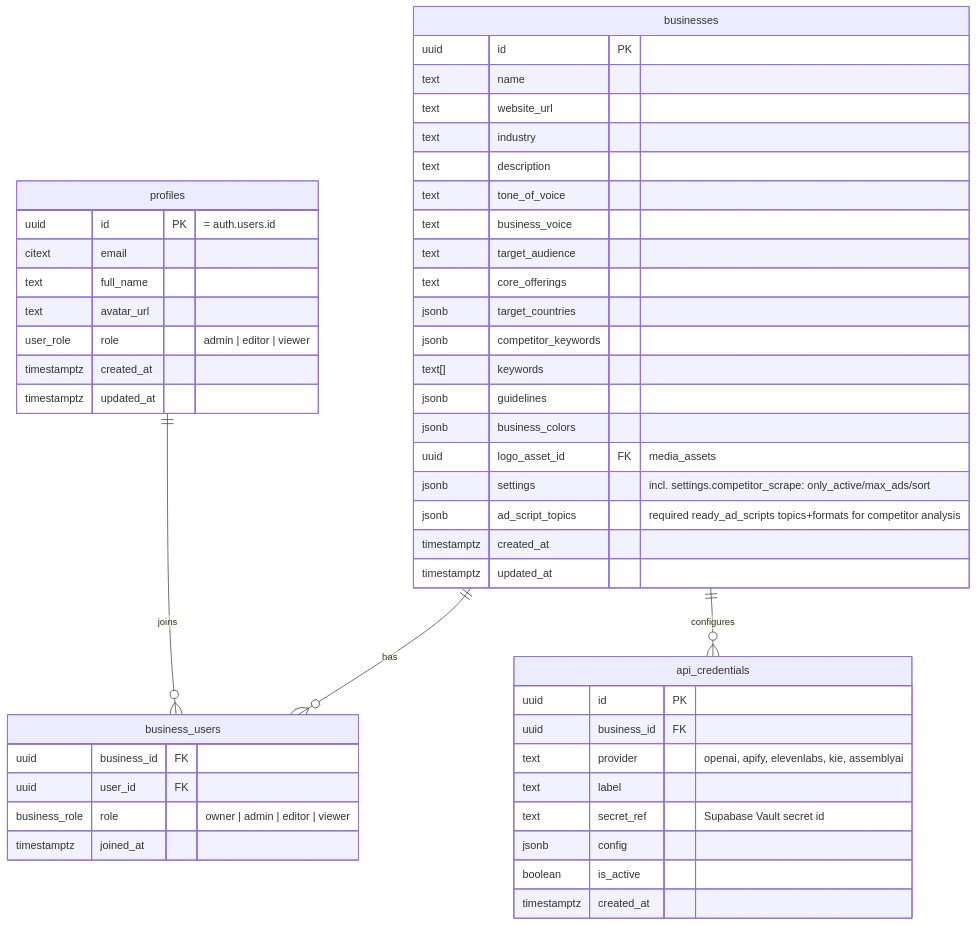
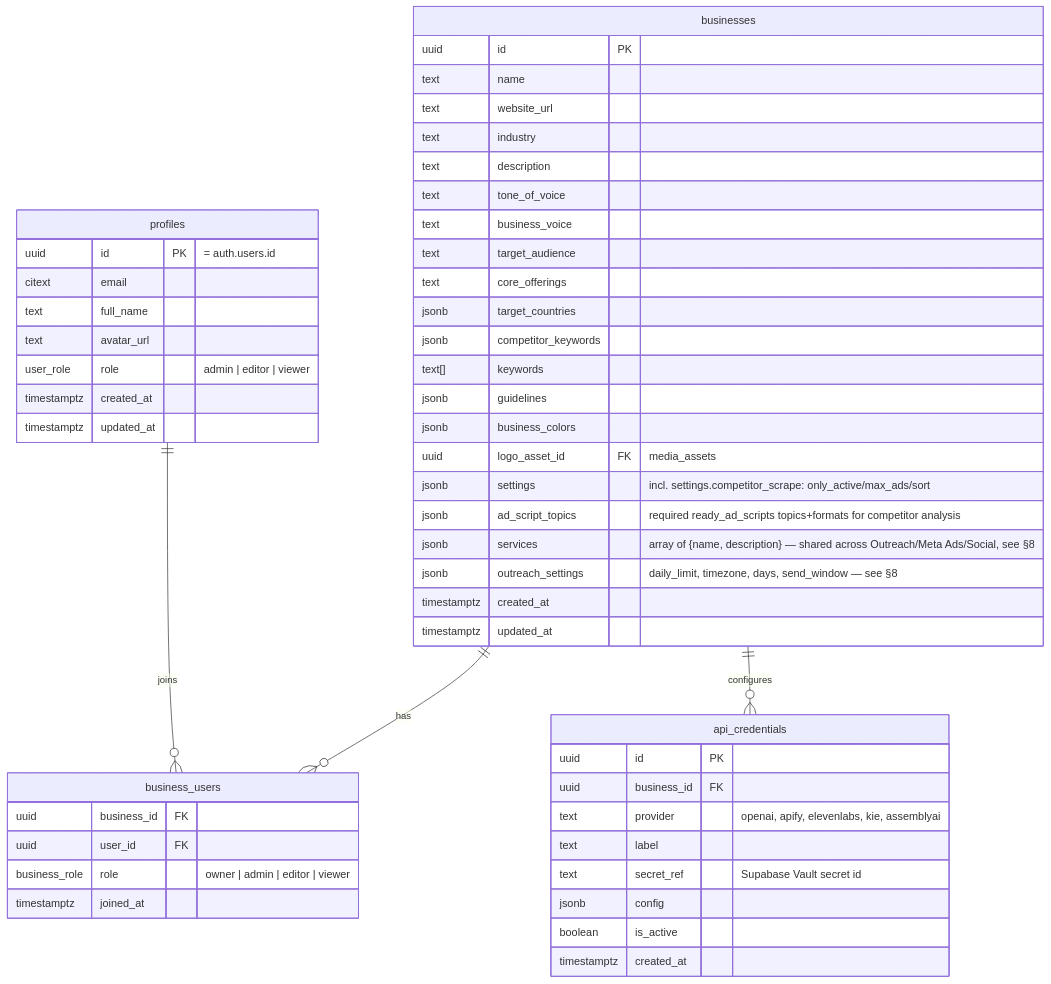
Before and after one commit to Aumatic-AI/Kinetix: the first of 8 diagrams in docs/architecture/database_schema.md, drawn with Mermaid. The commit also changed other lines of this file and 57 other files, not shown here.

````diff
--- a/docs/architecture/database_schema.md
+++ b/docs/architecture/database_schema.md
@@ -20,56 +20,58 @@
 ```mermaid
 erDiagram
     profiles ||--o{ business_users : "joins"
     businesses ||--o{ business_users : "has"
     businesses ||--o{ api_credentials : "configures"
 
     profiles {
         uuid id PK "= auth.users.id"
         citext email
         text full_name
         text avatar_url
         user_role role "admin | editor | viewer"
         timestamptz created_at
         timestamptz updated_at
     }
 
     businesses {
         uuid id PK
         text name
         text website_url
         text industry
         text description
         text tone_of_voice
         text business_voice
         text target_audience
         text core_offerings
         jsonb target_countries
         jsonb competitor_keywords
         text[] keywords
         jsonb guidelines
         jsonb business_colors
         uuid logo_asset_id FK "media_assets"
         jsonb settings "incl. settings.competitor_scrape: only_active/max_ads/sort"
         jsonb ad_script_topics "required ready_ad_scripts topics+formats for competitor analysis"
+        jsonb services "array of {name, description} — shared across Outreach/Meta Ads/Social, see §8"
+        jsonb outreach_settings "daily_limit, timezone, days, send_window — see §8"
         timestamptz created_at
         timestamptz updated_at
     }
 
     business_users {
         uuid business_id FK
         uuid user_id FK
         business_role role "owner | admin | editor | viewer"
         timestamptz joined_at
     }
 
     api_credentials {
         uuid id PK
         uuid business_id FK
         text provider "openai, apify, elevenlabs, kie, assemblyai"
         text label
         text secret_ref "Supabase Vault secret id"
         jsonb config
         boolean is_active
         timestamptz created_at
     }
 ```
````
